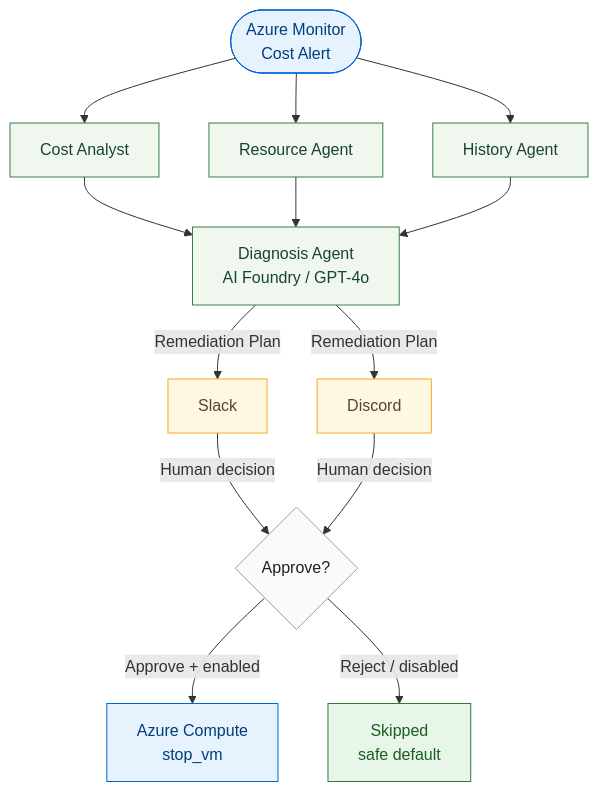
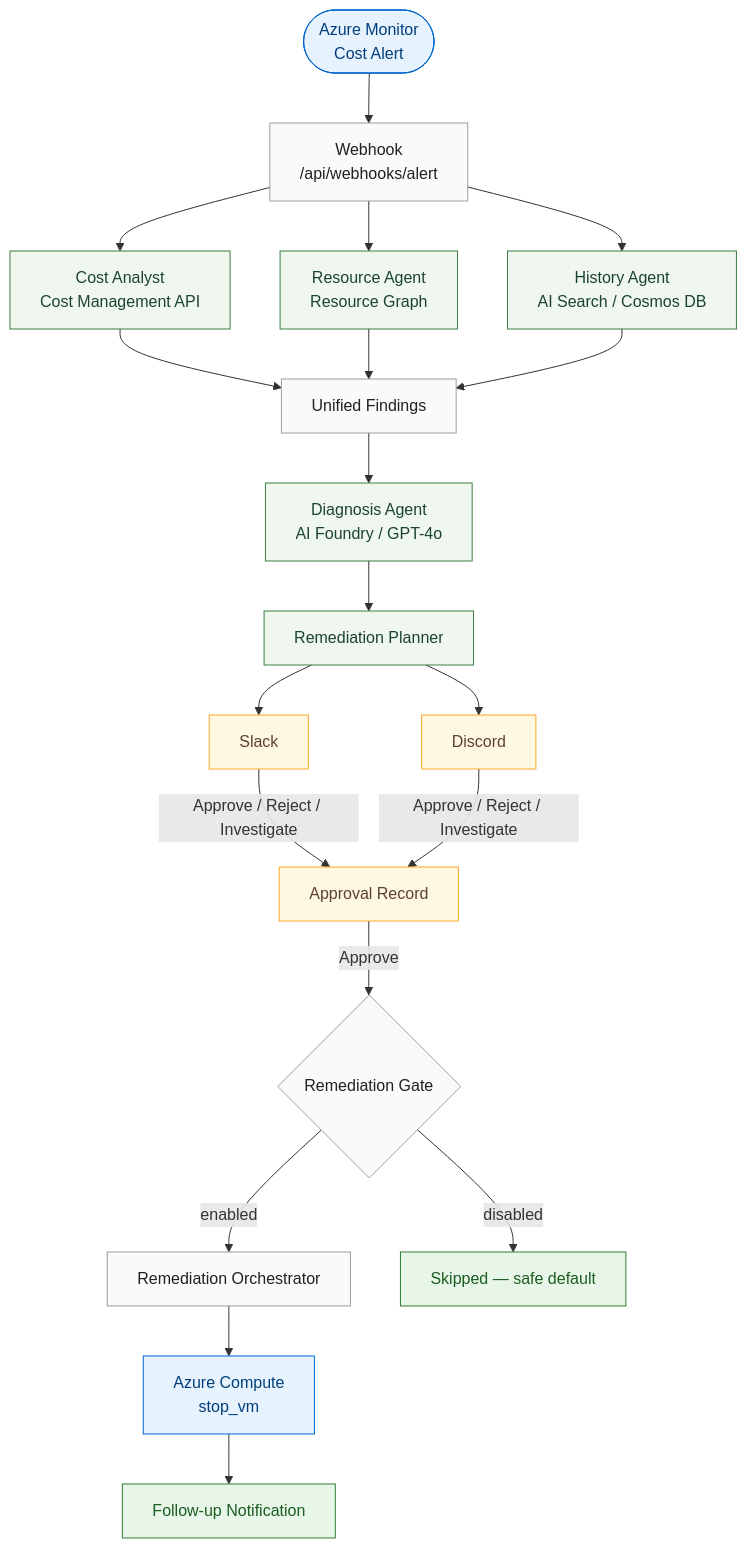
One commit to Microck/spikehound changed the diagram in docs/architecture.mmd. Above: the diagram before and after it, drawn with Mermaid. The commit also changed 3 other files, not shown here.

First line of the commit message:
docs: restore full diagram detail with tight spacing

```diff
--- a/docs/architecture.mmd
+++ b/docs/architecture.mmd
@@ -1,39 +1,55 @@
 flowchart TD
     AM([Azure Monitor\nCost Alert])
+    AW["Webhook\n/api/webhooks/alert"]
 
-    CA["Cost Analyst"]
-    RA["Resource Agent"]
-    HA["History Agent"]
+    AM --> AW
 
-    AM --> CA & RA & HA
+    CA["Cost Analyst\nCost Management API"]
+    RA["Resource Agent\nResource Graph"]
+    HA["History Agent\nAI Search / Cosmos DB"]
+
+    AW --> CA & RA & HA
+
+    CF["Unified Findings"]
+
+    CA & RA & HA --> CF
 
     DA["Diagnosis Agent\nAI Foundry / GPT-4o"]
+    CF --> DA
 
-    CA & RA & HA --> DA
+    RP["Remediation Planner"]
+    DA --> RP
 
     SN["Slack"]
     DN["Discord"]
 
-    DA -->|"Remediation Plan"| SN & DN
+    RP --> SN & DN
 
-    GATE{"Approve?"}
+    AREC["Approval Record"]
+    SN & DN -->|"Approve / Reject / Investigate"| AREC
 
-    SN & DN -->|"Human decision"| GATE
+    GATE{"Remediation Gate"}
+    AREC -->|"Approve"| GATE
+
+    REO["Remediation Orchestrator"]
+    SAFE["Skipped — safe default"]
+
+    GATE -->|"enabled"| REO
+    GATE -->|"disabled"| SAFE
 
     AZ["Azure Compute\nstop_vm"]
-    SAFE["Skipped\nsafe default"]
+    FU["Follow-up Notification"]
 
-    GATE -->|"Approve + enabled"| AZ
-    GATE -->|"Reject / disabled"| SAFE
+    REO --> AZ --> FU
 
     classDef azure   fill:#e6f3ff,stroke:#0066cc,color:#003d7a
     classDef agent   fill:#f0f7ee,stroke:#3a7d44,color:#1b4332
     classDef human   fill:#fff8e1,stroke:#f9a825,color:#5d4037
     classDef safe    fill:#e8f5e9,stroke:#2e7d32,color:#1b5e20
     classDef neutral fill:#fafafa,stroke:#9e9e9e,color:#212121
 
     class AM,AZ azure
-    class CA,RA,HA,DA agent
-    class SN,DN human
-    class SAFE safe
-    class GATE neutral
+    class CA,RA,HA,DA,RP agent
+    class SN,DN,AREC human
+    class SAFE,FU safe
+    class CF,REO,GATE,AW neutral
```
